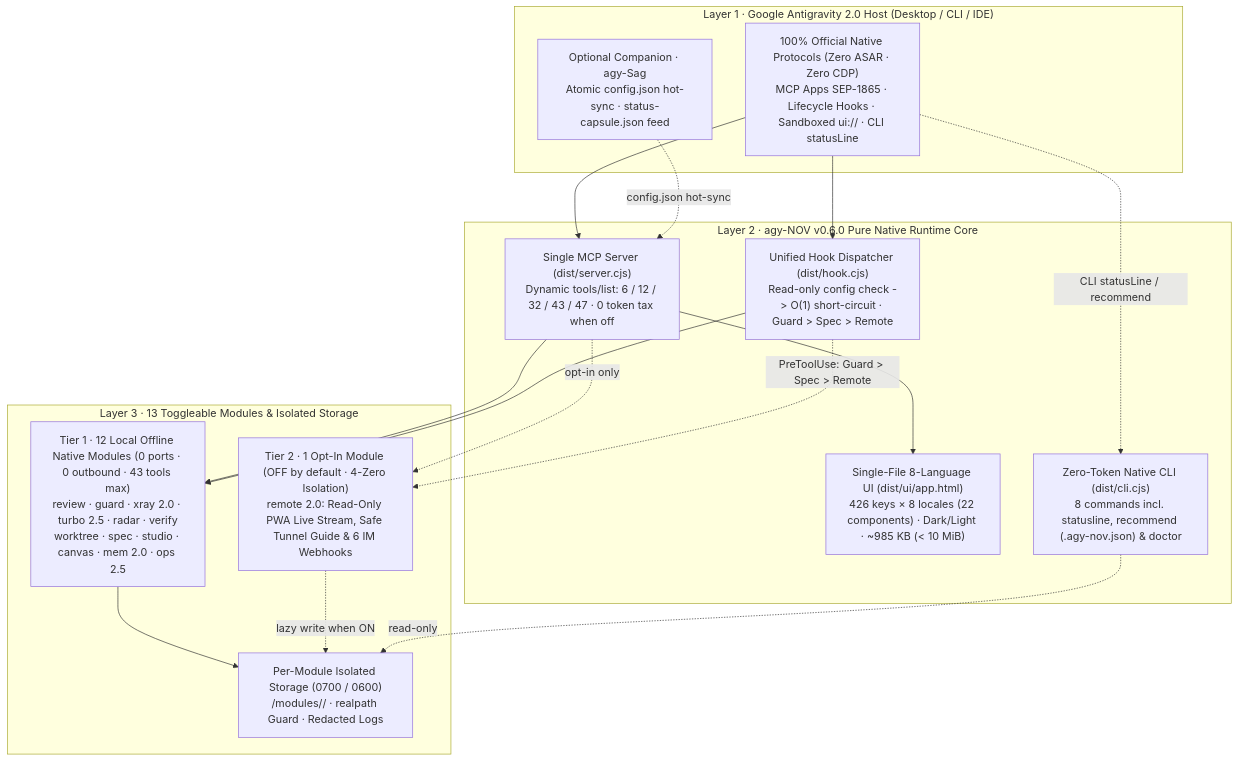
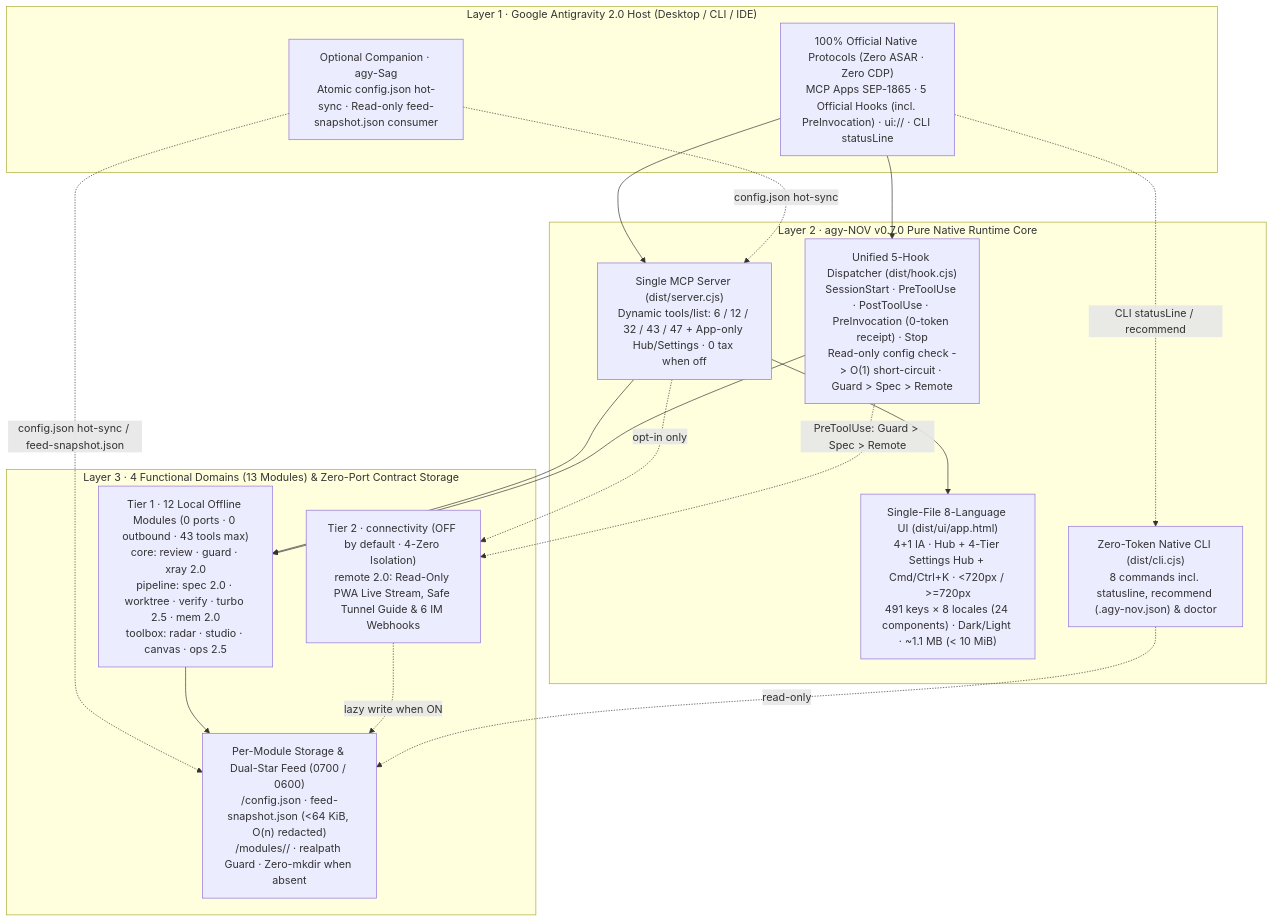
Before and after one commit to tone-leh/agy-NOV: the diagram in README.md, drawn with Mermaid. The commit also changed other lines of this file and 54 other files, not shown here.

Commit message:
feat: release agy-NOV v0.7.0 (4+1 IA, Settings Hub, Spec 2.0, Dual-Star Feed, PreInvocation)

````diff
--- a/README.md
+++ b/README.md
@@ -205,33 +217,34 @@
 ```mermaid
 flowchart TB
   subgraph L1["Layer 1 · Google Antigravity 2.0 Host (Desktop / CLI / IDE)"]
-    Host["100% Official Native Protocols (Zero ASAR · Zero CDP)\nMCP Apps SEP-1865 · Lifecycle Hooks · Sandboxed ui:// · CLI statusLine"]
-    Sag["Optional Companion · agy-Sag\nAtomic config.json hot-sync · status-capsule.json feed"]
+    Host["100% Official Native Protocols (Zero ASAR · Zero CDP)\nMCP Apps SEP-1865 · 5 Official Hooks (incl. PreInvocation) · ui:// · CLI statusLine"]
+    Sag["Optional Companion · agy-Sag\nAtomic config.json hot-sync · Read-only feed-snapshot.json consumer"]
   end
 
-  subgraph L2["Layer 2 · agy-NOV v0.6.0 Pure Native Runtime Core"]
-    MCP["Single MCP Server (dist/server.cjs)\nDynamic tools/list: 6 / 12 / 32 / 43 / 47 · 0 token tax when off"]
-    Hook["Unified Hook Dispatcher (dist/hook.cjs)\nRead-only config check -> O(1) short-circuit · Guard > Spec > Remote"]
-    UI["Single-File 8-Language UI (dist/ui/app.html)\n426 keys × 8 locales (22 components) · Dark/Light · ~985 KB (< 10 MiB)"]
+  subgraph L2["Layer 2 · agy-NOV v0.7.0 Pure Native Runtime Core"]
+    MCP["Single MCP Server (dist/server.cjs)\nDynamic tools/list: 6 / 12 / 32 / 43 / 47 + App-only Hub/Settings · 0 tax when off"]
+    Hook["Unified 5-Hook Dispatcher (dist/hook.cjs)\nSessionStart · PreToolUse · PostToolUse · PreInvocation (0-token receipt) · Stop\nRead-only config check -> O(1) short-circuit · Guard > Spec > Remote"]
+    UI["Single-File 8-Language UI (dist/ui/app.html)\n4+1 IA · Hub + 4-Tier Settings Hub + Cmd/Ctrl+K · <720px / >=720px\n491 keys × 8 locales (24 components) · Dark/Light · ~1.1 MB (< 10 MiB)"]
     CLI["Zero-Token Native CLI (dist/cli.cjs)\n8 commands incl. statusline, recommend (.agy-nov.json) & doctor"]
   end
 
-  subgraph L3["Layer 3 · 13 Toggleable Modules & Isolated Storage"]
-    T1["Tier 1 · 12 Local Offline Native Modules (0 ports · 0 outbound · 43 tools max)\nreview · guard · xray 2.0 · turbo 2.5 · radar · verify\nworktree · spec · studio · canvas · mem 2.0 · ops 2.5"]
-    T2R["Tier 2 · 1 Opt-In Module (OFF by default · 4-Zero Isolation)\nremote 2.0: Read-Only PWA Live Stream, Safe Tunnel Guide & 6 IM Webhooks"]
-    Store["Per-Module Isolated Storage (0700 / 0600)\n<dataDir>/modules/<id>/ · realpath Guard · Redacted Logs"]
+  subgraph L3["Layer 3 · 4 Functional Domains (13 Modules) & Zero-Port Contract Storage"]
+    T1["Tier 1 · 12 Local Offline Modules (0 ports · 0 outbound · 43 tools max)\ncore: review · guard · xray 2.0\npipeline: spec 2.0 · worktree · verify · turbo 2.5 · mem 2.0\ntoolbox: radar · studio · canvas · ops 2.5"]
+    T2R["Tier 2 · connectivity (OFF by default · 4-Zero Isolation)\nremote 2.0: Read-Only PWA Live Stream, Safe Tunnel Guide & 6 IM Webhooks"]
+    Store["Per-Module Storage & Dual-Star Feed (0700 / 0600)\n<dataDir>/config.json · feed-snapshot.json (<64 KiB, O(n) redacted)\n<dataDir>/modules/<id>/ · realpath Guard · Zero-mkdir when absent"]
   end
 
   Host --> MCP
   Host --> Hook
   Host -. "CLI statusLine / recommend" .-> CLI
+  Sag -. "config.json hot-sync / feed-snapshot.json" .-> Store
   Sag -. "config.json hot-sync" .-> MCP
   MCP --> UI
   MCP --> T1
   MCP -. "opt-in only" .-> T2R
   Hook --> T1
   Hook -. "PreToolUse: Guard > Spec > Remote" .-> T2R
   T1 --> Store
   T2R -. "lazy write when ON" .-> Store
   CLI -. "read-only" .-> Store
 ```
````
